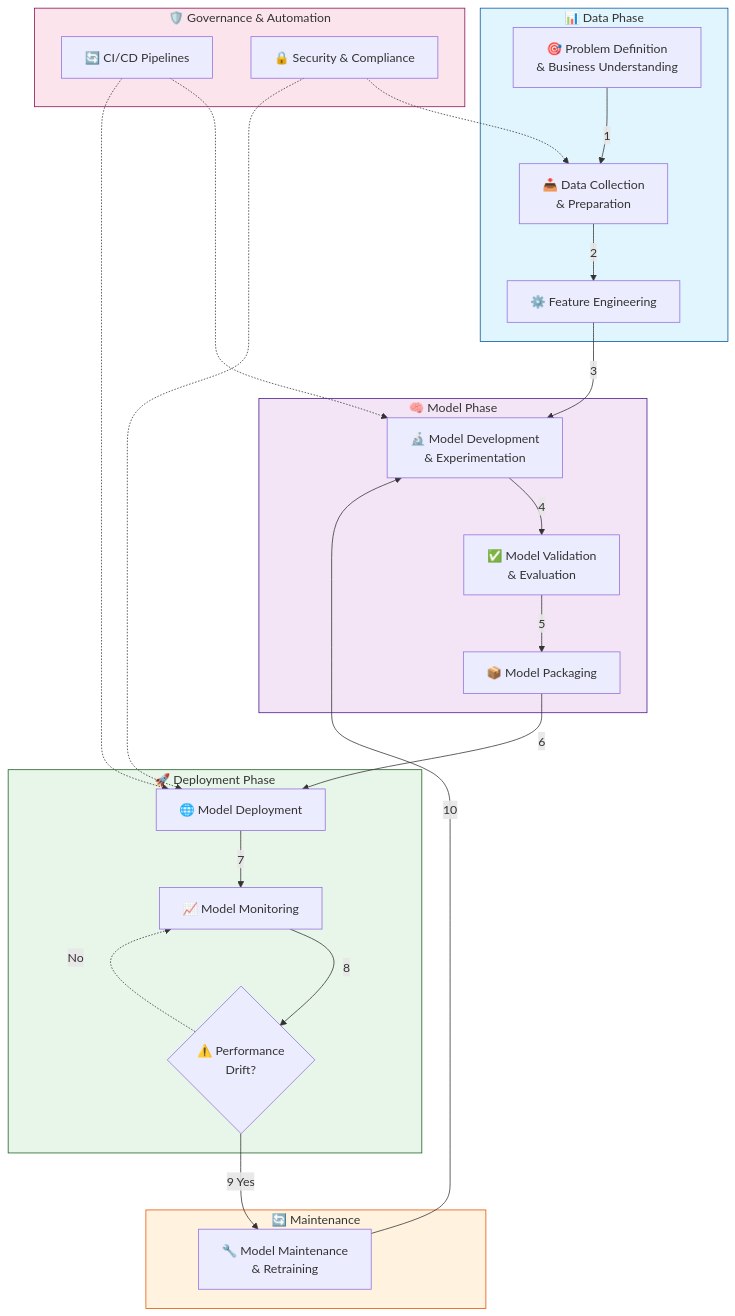
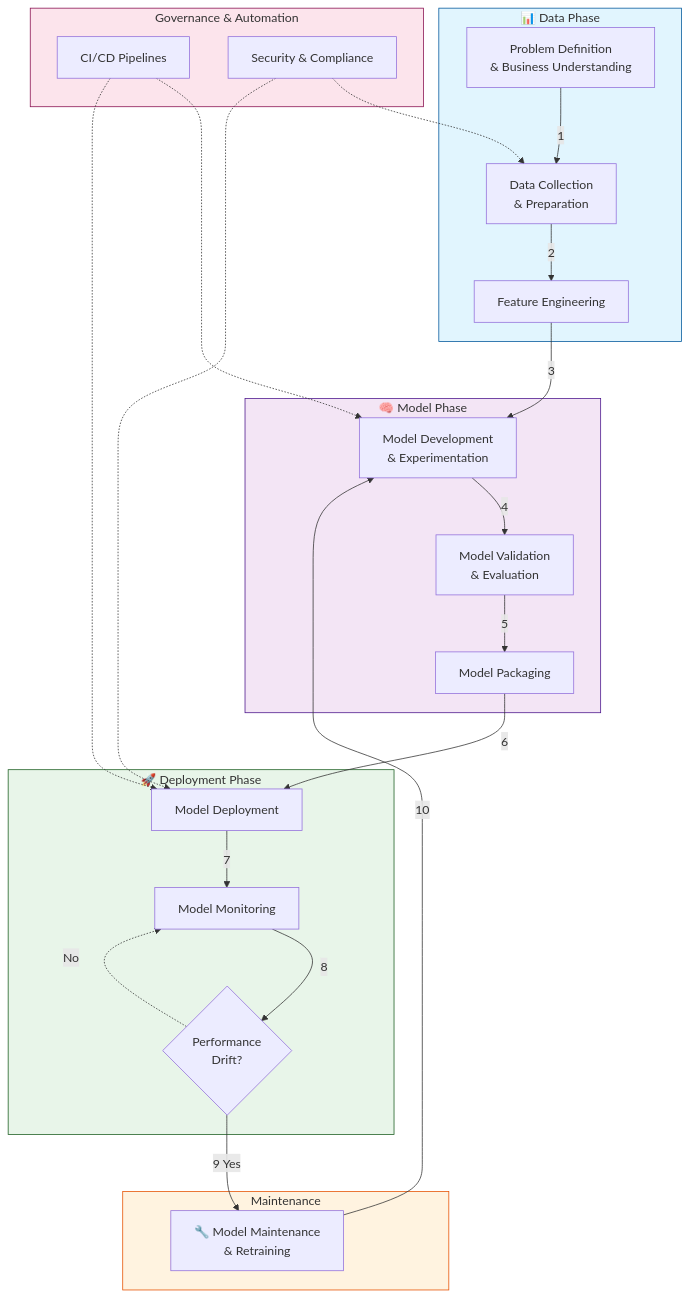
One commit to LiteObject/MLOps-101 changed the first of 2 diagrams in README.md. Above: the diagram before and after it, drawn with Mermaid.

Commit message:
Refactor MLOps lifecycle diagram for consistency and clarity in terminology

````diff
--- a/README.md
+++ b/README.md
@@ -13,52 +13,52 @@
 ```mermaid
 flowchart TD
     subgraph DATA["📊 Data Phase"]
-        A[🎯 Problem Definition<br/>& Business Understanding]
-        B[📥 Data Collection<br/>& Preparation]
-        C[⚙️ Feature Engineering]
+        A[Problem Definition<br/>& Business Understanding]
+        B[Data Collection<br/>& Preparation]
+        C[Feature Engineering]
     end
 
     subgraph MODEL["🧠 Model Phase"]
-        D[🔬 Model Development<br/>& Experimentation]
-        E[✅ Model Validation<br/>& Evaluation]
-        F[📦 Model Packaging]
+        D[Model Development<br/>& Experimentation]
+        E[Model Validation<br/>& Evaluation]
+        F[Model Packaging]
     end
 
     subgraph DEPLOY["🚀 Deployment Phase"]
-        G[🌐 Model Deployment]
-        H[📈 Model Monitoring]
-        I{⚠️ Performance<br/>Drift?}
+        G[Model Deployment]
+        H[Model Monitoring]
+        I{Performance<br/>Drift?}
     end
 
-    subgraph MAINTAIN["🔄 Maintenance"]
+    subgraph MAINTAIN["Maintenance"]
         J[🔧 Model Maintenance<br/>& Retraining]
     end
 
     A -->|1| B
     B -->|2| C
     C -->|3| D
     D -->|4| E
     E -->|5| F
     F -->|6| G
     G -->|7| H
     H -->|8| I
     I -->|9 Yes| J
     J -->|10| D
     I -.->|No| H
 
-    subgraph GOV["🛡️ Governance & Automation"]
-        K[🔄 CI/CD Pipelines]
-        L[🔒 Security & Compliance]
+    subgraph GOV["Governance & Automation"]
+        K[CI/CD Pipelines]
+        L[Security & Compliance]
     end
 
     K -.-> D
     K -.-> G
     L -.-> B
     L -.-> G
 
     style DATA fill:#e1f5fe,stroke:#01579b
     style MODEL fill:#f3e5f5,stroke:#4a148c
     style DEPLOY fill:#e8f5e9,stroke:#1b5e20
     style MAINTAIN fill:#fff3e0,stroke:#e65100
     style GOV fill:#fce4ec,stroke:#880e4f
 ```
````
